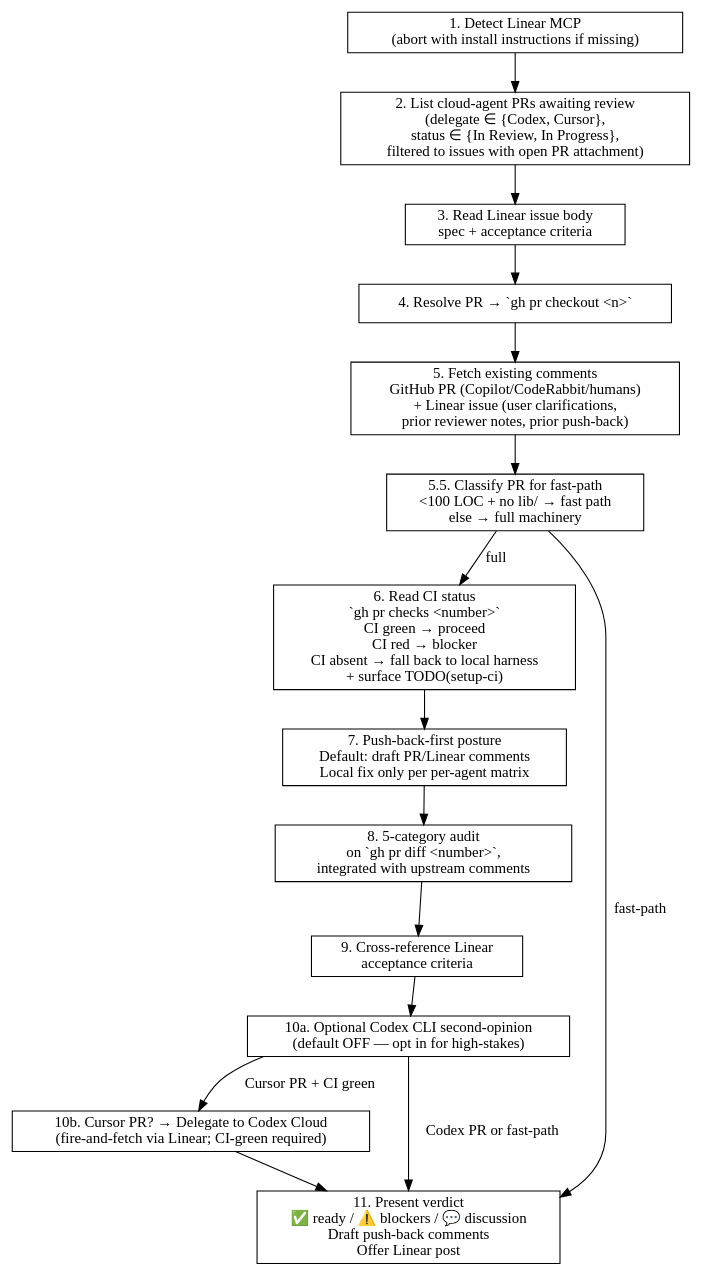
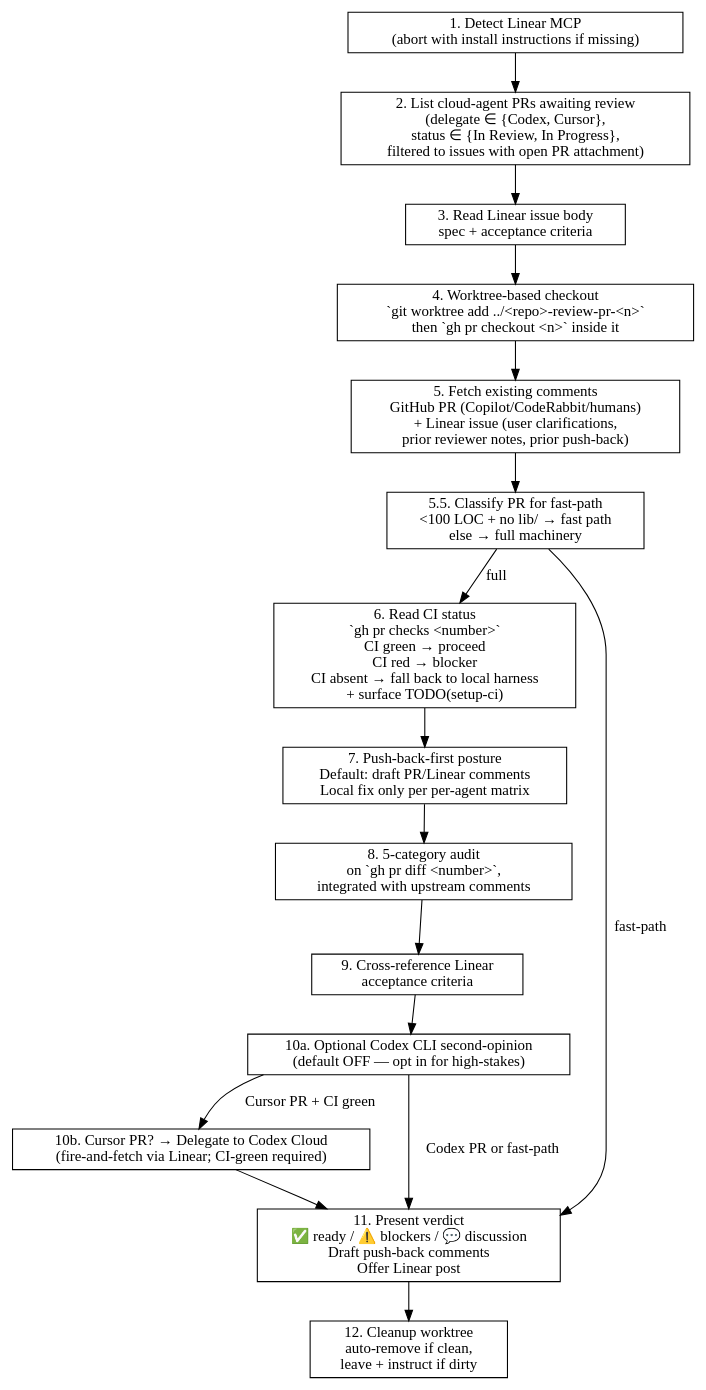
Before and after one commit to ZenHive/claude-marketplace-elixir: the diagram in plugins/staged-review/skills/commit-review/SKILL.md, drawn with Graphviz. The commit also changed other lines of this file and 3 other files, not shown here.

First line of the commit message:
Bump staged-review 1.12.0 → 1.13.0: worktree-based commit-review

````diff
--- a/plugins/staged-review/skills/commit-review/SKILL.md
+++ b/plugins/staged-review/skills/commit-review/SKILL.md
@@ -61,28 +61,30 @@
 ```dot
 digraph commit_review {
   rankdir=TB;
   node [shape=box];
 
   detect    [label="1. Detect Linear MCP\n(abort with install instructions if missing)"];
   list      [label="2. List cloud-agent PRs awaiting review\n(delegate ∈ {Codex, Cursor},\nstatus ∈ {In Review, In Progress},\nfiltered to issues with open PR attachment)"];
   spec      [label="3. Read Linear issue body\nspec + acceptance criteria"];
-  checkout  [label="4. Resolve PR → `gh pr checkout <n>`"];
+  checkout  [label="4. Worktree-based checkout\n`git worktree add ../<repo>-review-pr-<n>`\nthen `gh pr checkout <n>` inside it"];
   comments  [label="5. Fetch existing comments\nGitHub PR (Copilot/CodeRabbit/humans)\n+ Linear issue (user clarifications,\nprior reviewer notes, prior push-back)"];
   classify  [label="5.5. Classify PR for fast-path\n<100 LOC + no lib/ → fast path\nelse → full machinery"];
   ci        [label="6. Read CI status\n`gh pr checks <number>`\nCI green → proceed\nCI red → blocker\nCI absent → fall back to local harness\n+ surface TODO(setup-ci)"];
   pushback  [label="7. Push-back-first posture\nDefault: draft PR/Linear comments\nLocal fix only per per-agent matrix"];
   audit     [label="8. 5-category audit\non `gh pr diff <number>`,\nintegrated with upstream comments"];
   cross     [label="9. Cross-reference Linear\nacceptance criteria"];
   codex     [label="10a. Optional Codex CLI second-opinion\n(default OFF — opt in for high-stakes)"];
   delegate  [label="10b. Cursor PR? → Delegate to Codex Cloud\n(fire-and-fetch via Linear; CI-green required)"];
   verdict   [label="11. Present verdict\n✅ ready / ⚠️ blockers / 💬 discussion\nDraft push-back comments\nOffer Linear post"];
+  cleanup   [label="12. Cleanup worktree\nauto-remove if clean,\nleave + instruct if dirty"];
 
   detect -> list -> spec -> checkout -> comments -> classify;
   classify -> ci [label="full"];
   classify -> verdict [label="fast-path"];
   ci -> pushback -> audit -> cross -> codex;
   codex -> delegate [label="Cursor PR + CI green"];
   codex -> verdict  [label="Codex PR or fast-path"];
   delegate -> verdict;
+  verdict -> cleanup;
 }
 ```
````
